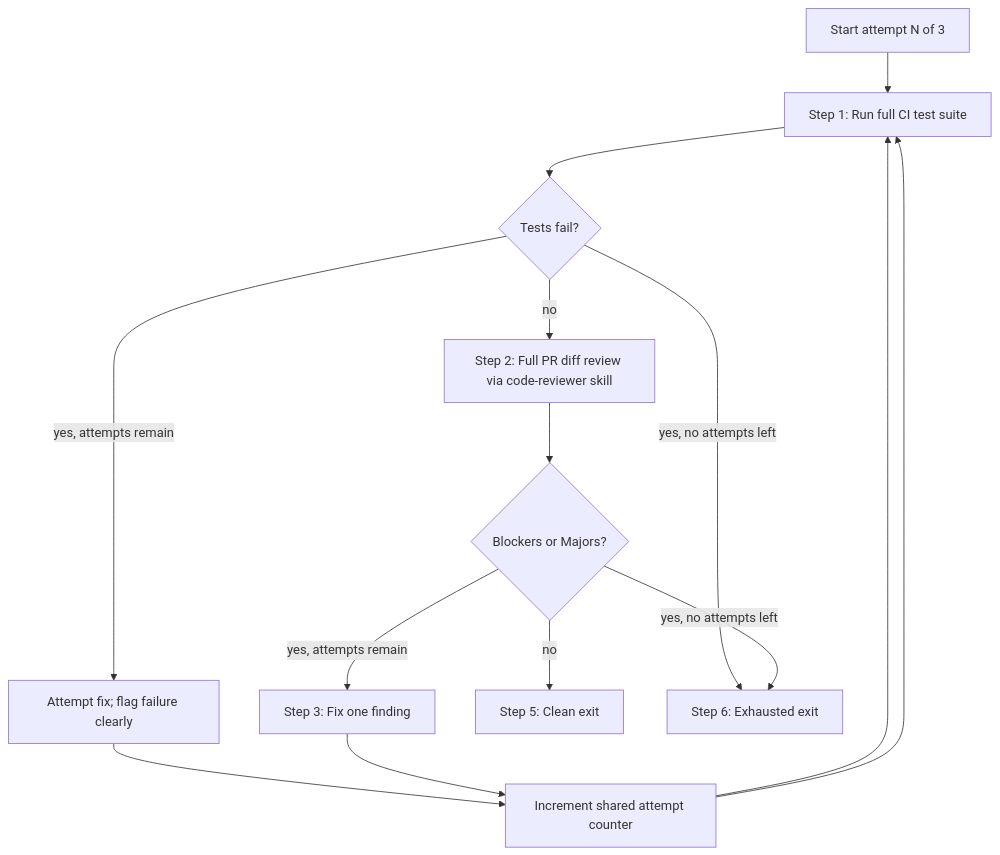
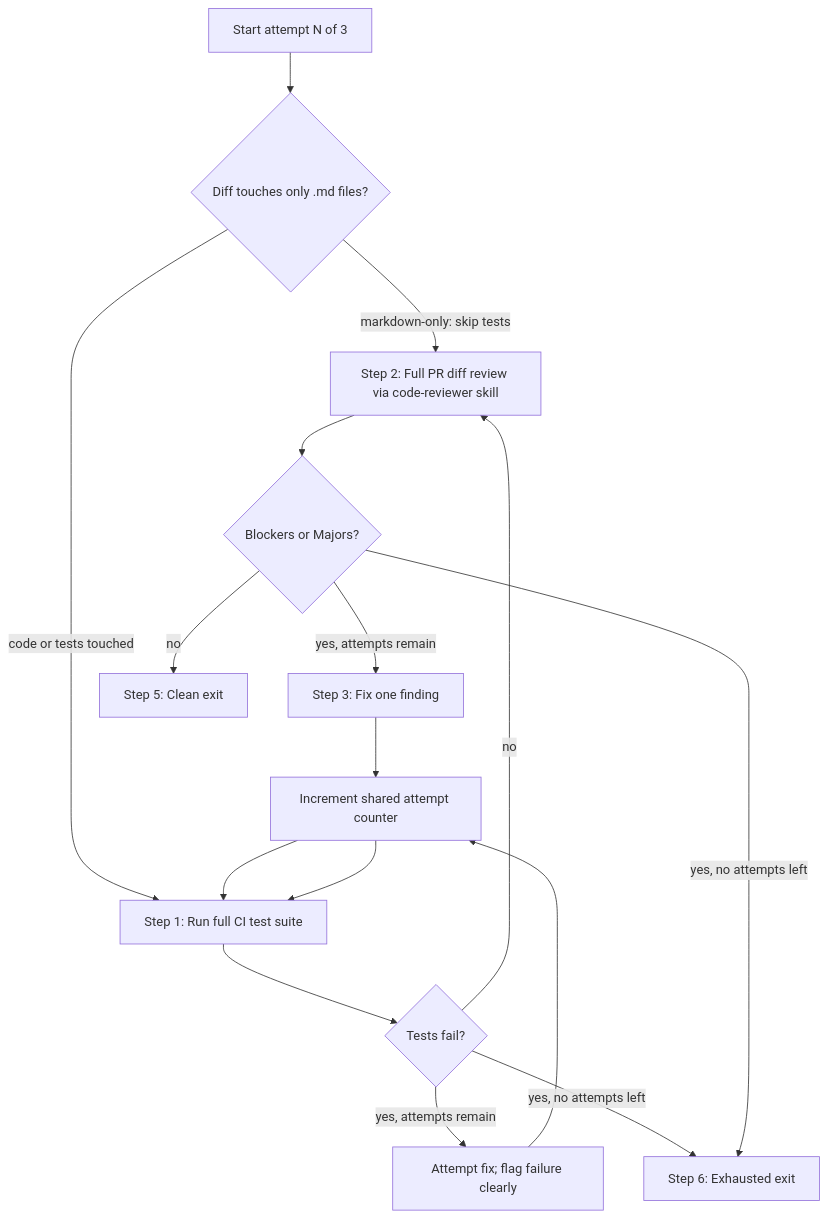
One commit to Collins1892/radar-practice changed the second of 2 diagrams in docs/loop-pattern.md. Above: the diagram before and after it, drawn with Mermaid. The commit also changed other lines of this file and 2 other files, not shown here.

First line of the commit message:
docs: skip test suite for markdown-only changes in loop pattern

````diff
--- a/docs/loop-pattern.md
+++ b/docs/loop-pattern.md
@@ -70,21 +70,25 @@
 ```mermaid
 flowchart TD
   start[Start attempt N of 3]
+  changeType{Diff touches only .md files?}
   runTests[Step 1: Run full CI test suite]
   testFail{Tests fail?}
   fixTest[Attempt fix; flag failure clearly]
   review[Step 2: Full PR diff review via code-reviewer skill]
   blockers{Blockers or Majors?}
   fixOne[Step 3: Fix one finding]
   incAttempt[Increment shared attempt counter]
   postMinors[Step 5: Clean exit]
   draftPR[Step 6: Exhausted exit]
 
-  start --> runTests --> testFail
+  start --> changeType
+  changeType -->|markdown-only: skip tests| review
+  changeType -->|code or tests touched| runTests
+  runTests --> testFail
   testFail -->|yes, attempts remain| fixTest --> incAttempt --> runTests
   testFail -->|yes, no attempts left| draftPR
   testFail -->|no| review --> blockers
   blockers -->|yes, attempts remain| fixOne --> incAttempt --> runTests
   blockers -->|no| postMinors
   blockers -->|yes, no attempts left| draftPR
 ```
````
